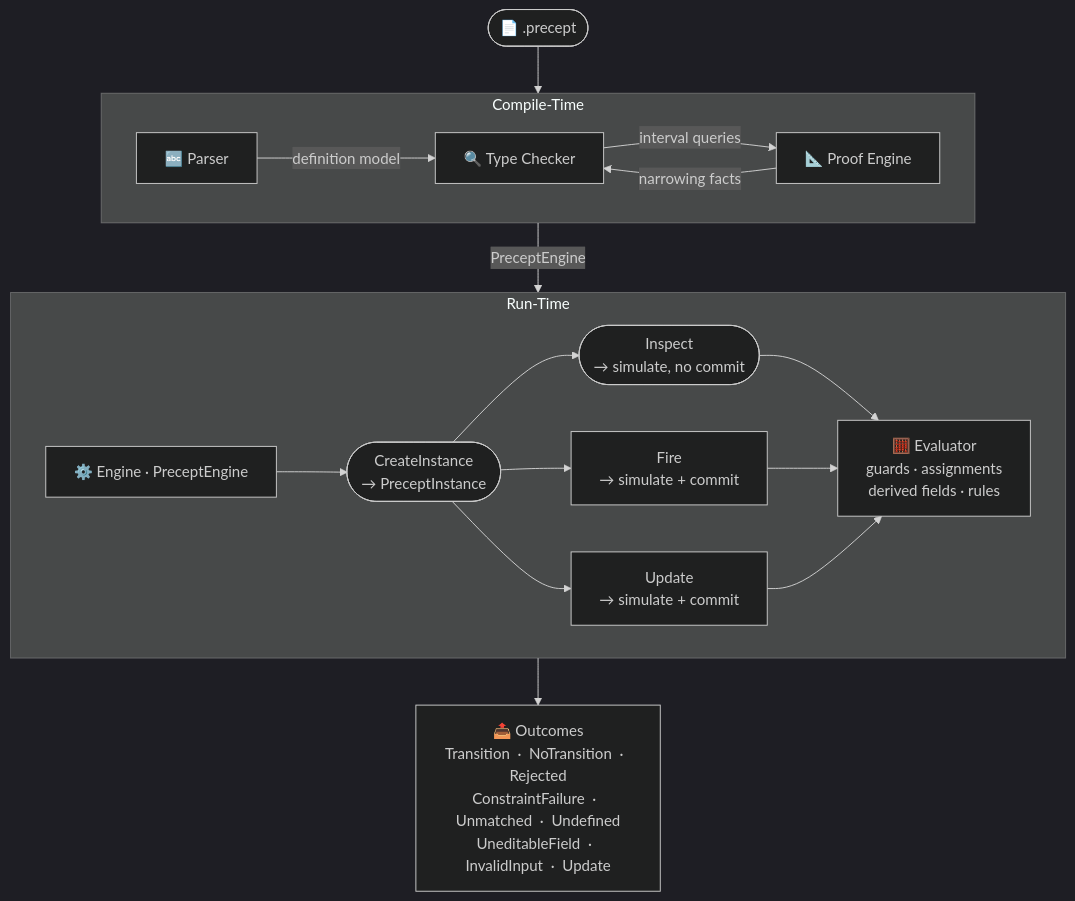
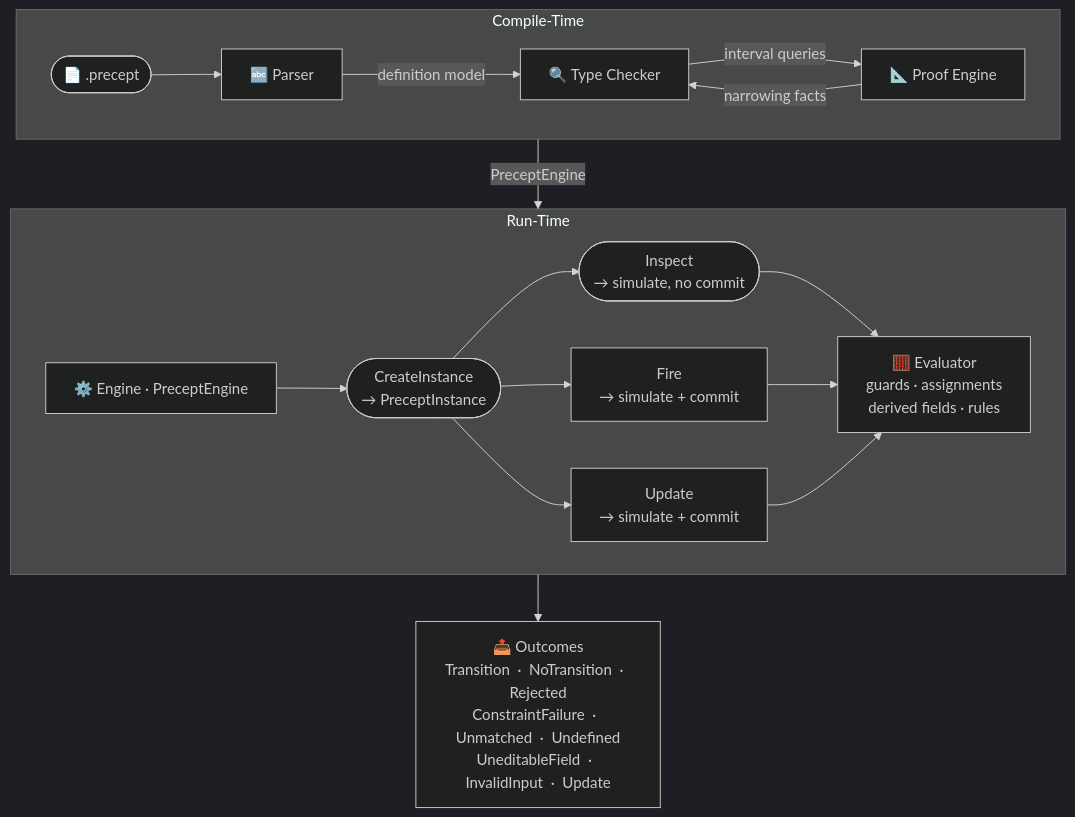
Before and after one commit to sfalik/Precept: the diagram in docs/ArchitectureDesign.md, drawn with Mermaid (dark theme).

Commit message:
docs: move src inside CT subgraph to force CT/RT vertical stacking

````diff
--- a/docs/ArchitectureDesign.md
+++ b/docs/ArchitectureDesign.md
@@ -21,34 +21,31 @@
 ```mermaid
 flowchart TD
-    src(["📄 .precept"])
-
     subgraph CT["Compile-Time"]
         direction LR
-        P["🔤 Parser"] -->|definition model| TC["🔍 Type Checker"]
+        src(["📄 .precept"]) --> P["🔤 Parser"] -->|definition model| TC["🔍 Type Checker"]
         TC -->|interval queries| PE["📐 Proof Engine"]
         PE -->|narrowing facts| TC
     end
 
     subgraph RT["Run-Time"]
         direction LR
         ENG["⚙️ Engine  ·  PreceptEngine"]
         I1(["CreateInstance\n→ PreceptInstance"])
         I2(["Inspect\n→ simulate, no commit"])
         FIRE["Fire\n→ simulate + commit"]
         UPD["Update\n→ simulate + commit"]
         EVAL["🧮 Evaluator\nguards · assignments\nderived fields · rules"]
         ENG --> I1
         I1 --> I2
         I1 --> FIRE
         I1 --> UPD
         I2 --> EVAL
         FIRE --> EVAL
         UPD --> EVAL
     end
 
     OUT["📤 Outcomes\nTransition  ·  NoTransition  ·  Rejected\nConstraintFailure  ·  Unmatched  ·  Undefined\nUneditableField  ·  InvalidInput  ·  Update"]
 
-    src --> P
     TC -->|PreceptEngine| ENG
     EVAL --> OUT
 ```
````
